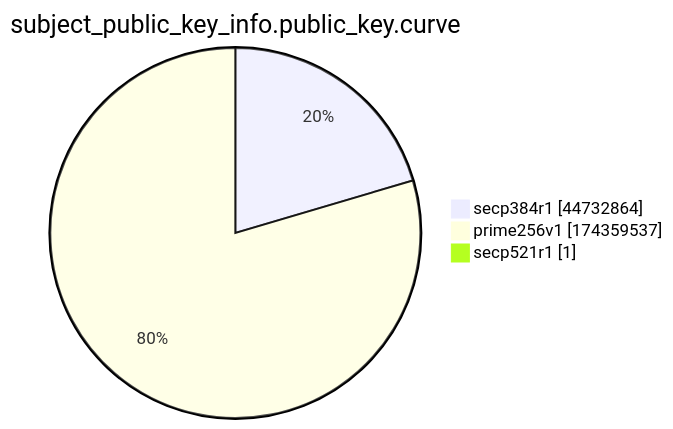
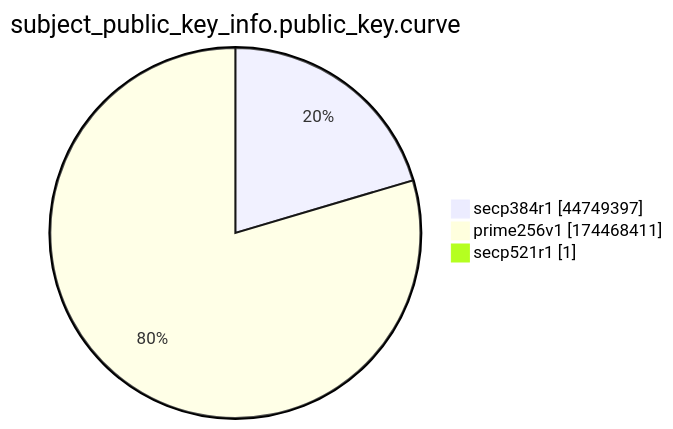
One commit to christiankrug/ctmonitor_visualization changed the ninth of 15 diagrams in xenon2022/README.md. Above: the diagram before and after it, drawn with Mermaid. The commit also changed other lines of this file, not shown here.

````diff
--- a/xenon2022/README.md
+++ b/xenon2022/README.md
@@ -2871,7 +2871,7 @@
 ```mermaid
 pie showData
 title subject_public_key_info.public_key.curve
-"secp384r1" :44732864
-"prime256v1" :174359537
+"secp384r1" :44749397
+"prime256v1" :174468411
 "secp521r1" :1
 ```
````
